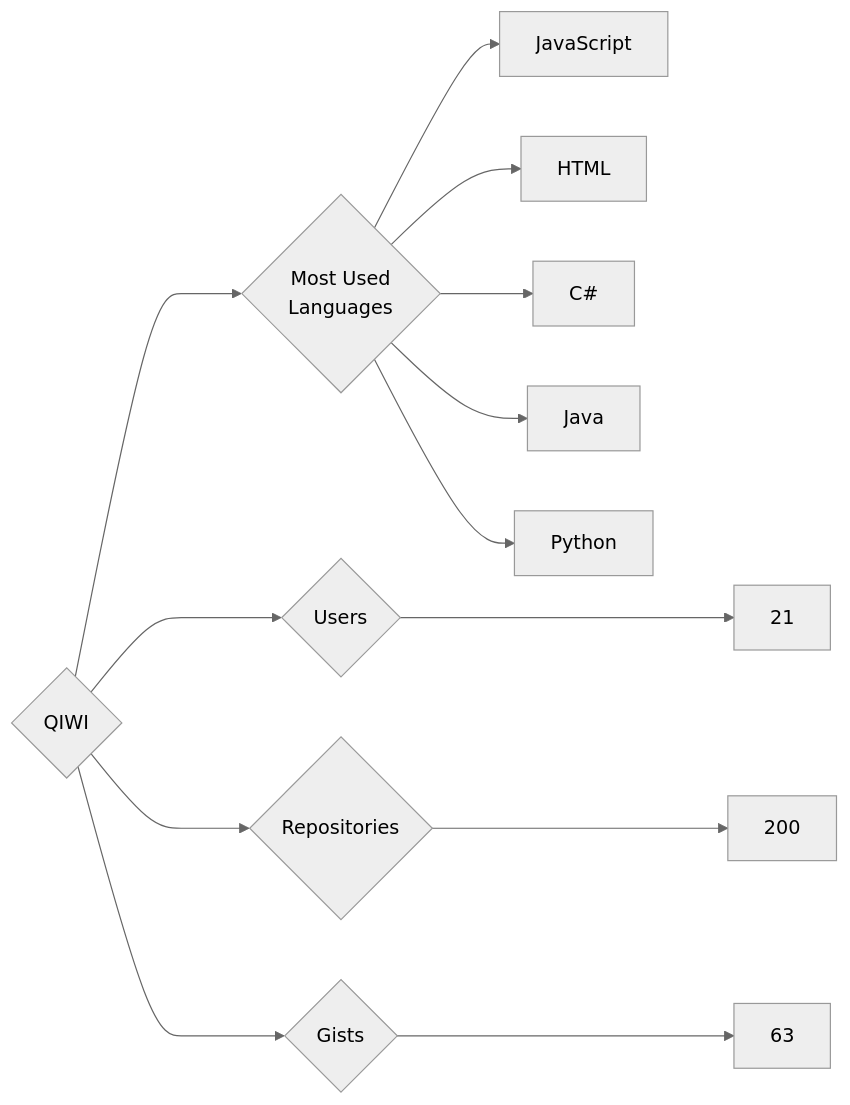
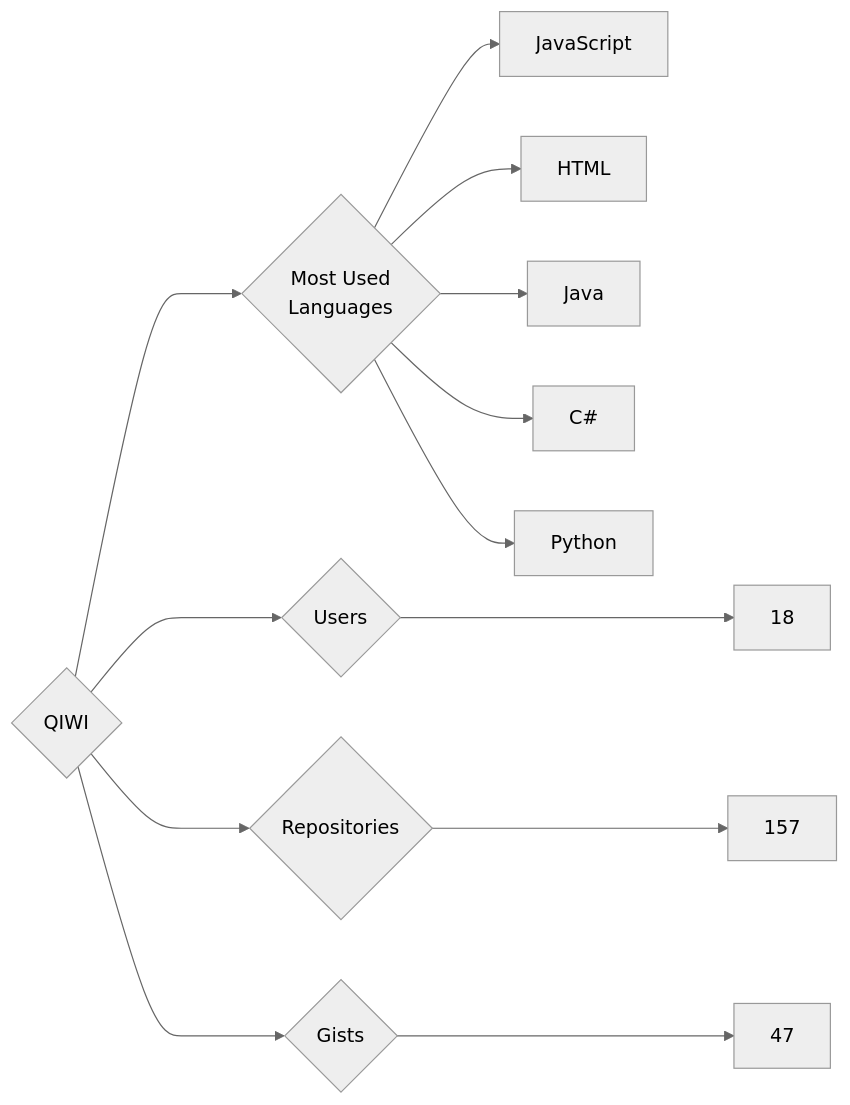
The diagram in targets/QIWI/README.md (trickest/insiders), drawn with Mermaid (neutral theme) before and after one commit. The commit also changed 912 other files, not shown here.

````diff
--- a/targets/QIWI/README.md
+++ b/targets/QIWI/README.md
@@ -3,13 +3,13 @@
 ```mermaid
 graph LR
 COMPANY_NAME{QIWI}
-COMPANY_NAME ---> U{Users} ---> UN[21]
-COMPANY_NAME ---> R{Repositories} ---> RN[200]
-COMPANY_NAME ---> G{Gists} ---> GN[63]
+COMPANY_NAME ---> U{Users} ---> UN[18]
+COMPANY_NAME ---> R{Repositories} ---> RN[157]
+COMPANY_NAME ---> G{Gists} ---> GN[47]
 COMPANY_NAME ---> ML{Most Used<br>Languages}
 ML --> JavaScript[JavaScript]
 ML --> HTML[HTML]
+ML --> Java[Java]
 ML --> C#[C#]
-ML --> Java[Java]
 ML --> Python[Python]
 ```
````
